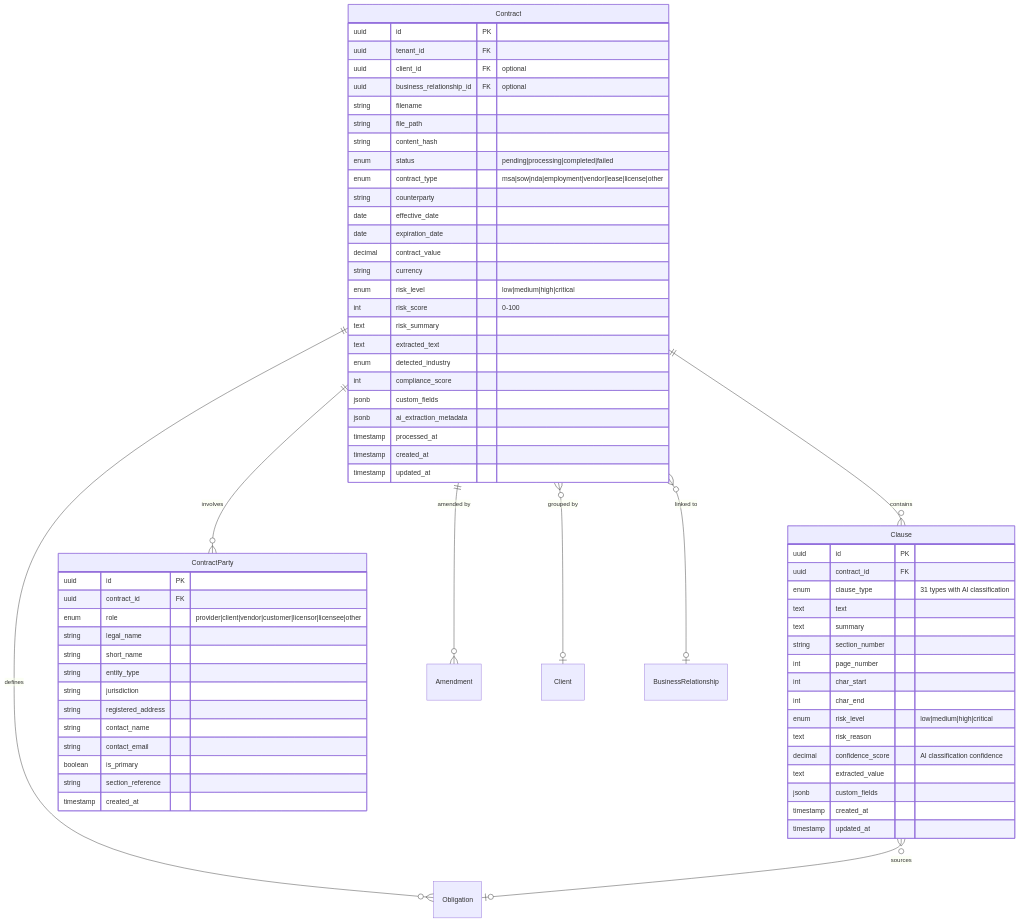
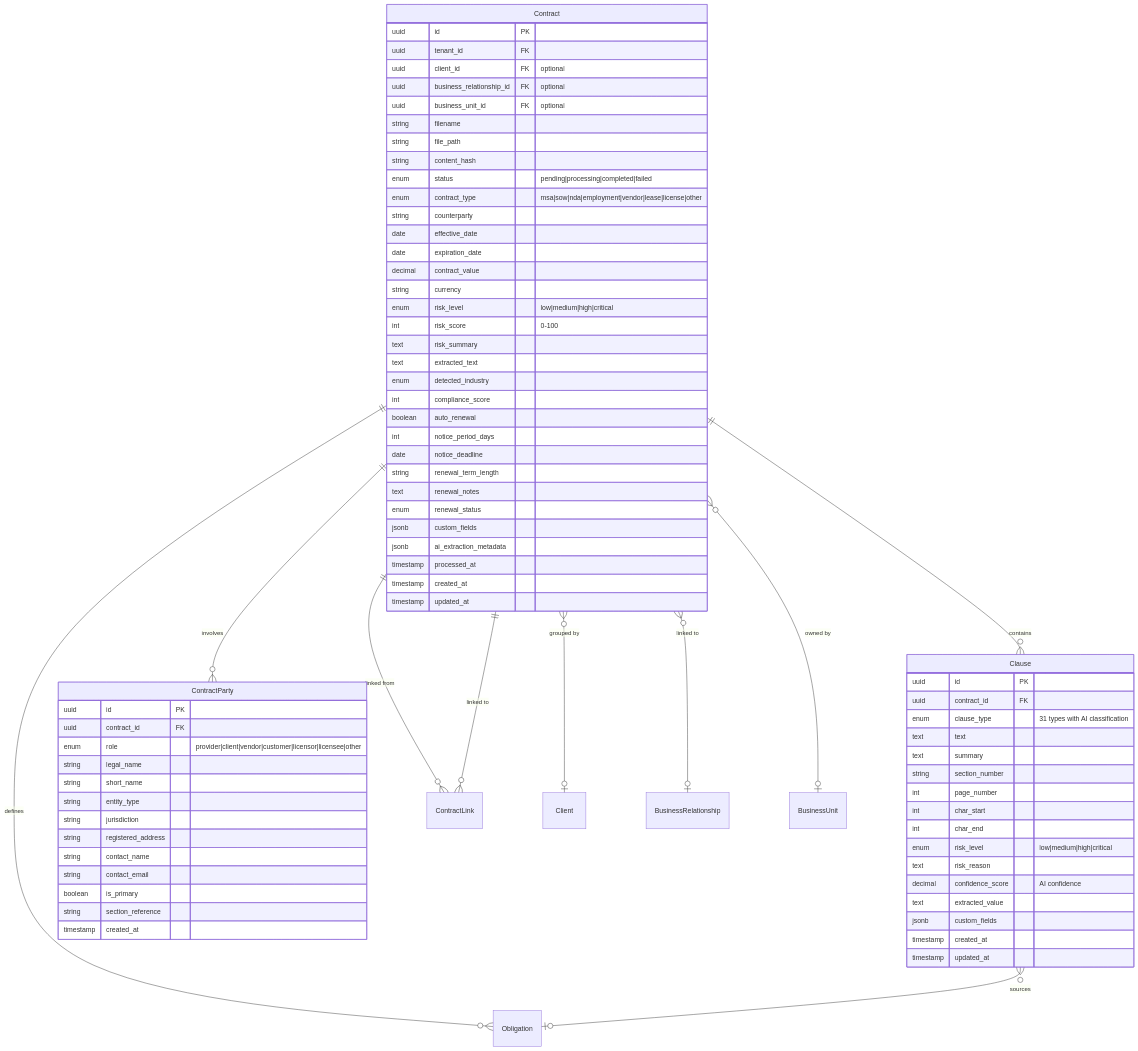
Before and after one commit to jjayarajdev/clm-evaluetor: the seventh of 51 diagrams in docs/DATA_MODEL.md, drawn with Mermaid. The commit also changed other lines of this file and 19 other files, not shown here.

````diff
--- a/docs/DATA_MODEL.md
+++ b/docs/DATA_MODEL.md
@@ -131,73 +276,82 @@
 ```mermaid
 erDiagram
     Contract ||--o{ Clause : "contains"
     Contract ||--o{ Obligation : "defines"
     Contract ||--o{ ContractParty : "involves"
-    Contract ||--o{ Amendment : "amended by"
+    Contract ||--o{ ContractLink : "linked from"
+    Contract ||--o{ ContractLink : "linked to"
     Contract }o--o| Client : "grouped by"
     Contract }o--o| BusinessRelationship : "linked to"
+    Contract }o--o| BusinessUnit : "owned by"
     Clause }o--o| Obligation : "sources"
 
     Contract {
         uuid id PK
         uuid tenant_id FK
         uuid client_id FK "optional"
         uuid business_relationship_id FK "optional"
+        uuid business_unit_id FK "optional"
         string filename
         string file_path
         string content_hash
         enum status "pending|processing|completed|failed"
         enum contract_type "msa|sow|nda|employment|vendor|lease|license|other"
         string counterparty
         date effective_date
         date expiration_date
         decimal contract_value
         string currency
         enum risk_level "low|medium|high|critical"
         int risk_score "0-100"
         text risk_summary
         text extracted_text
         enum detected_industry
         int compliance_score
+        boolean auto_renewal
+        int notice_period_days
+        date notice_deadline
+        string renewal_term_length
+        text renewal_notes
+        enum renewal_status
         jsonb custom_fields
         jsonb ai_extraction_metadata
         timestamp processed_at
         timestamp created_at
         timestamp updated_at
     }
 
     Clause {
         uuid id PK
         uuid contract_id FK
         enum clause_type "31 types with AI classification"
         text text
         text summary
         string section_number
         int page_number
         int char_start
         int char_end
         enum risk_level "low|medium|high|critical"
         text risk_reason
-        decimal confidence_score "AI classification confidence"
+        decimal confidence_score "AI confidence"
         text extracted_value
         jsonb custom_fields
         timestamp created_at
         timestamp updated_at
     }
 
     ContractParty {
         uuid id PK
         uuid contract_id FK
         enum role "provider|client|vendor|customer|licensor|licensee|other"
         string legal_name
         string short_name
         string entity_type
         string jurisdiction
         string registered_address
         string contact_name
         string contact_email
         boolean is_primary
         string section_reference
         timestamp created_at
     }
 ```
````
